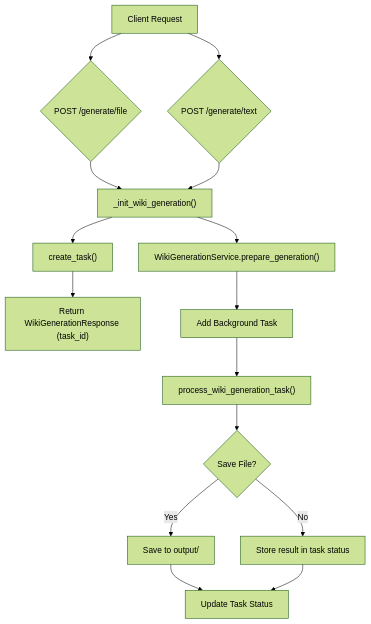
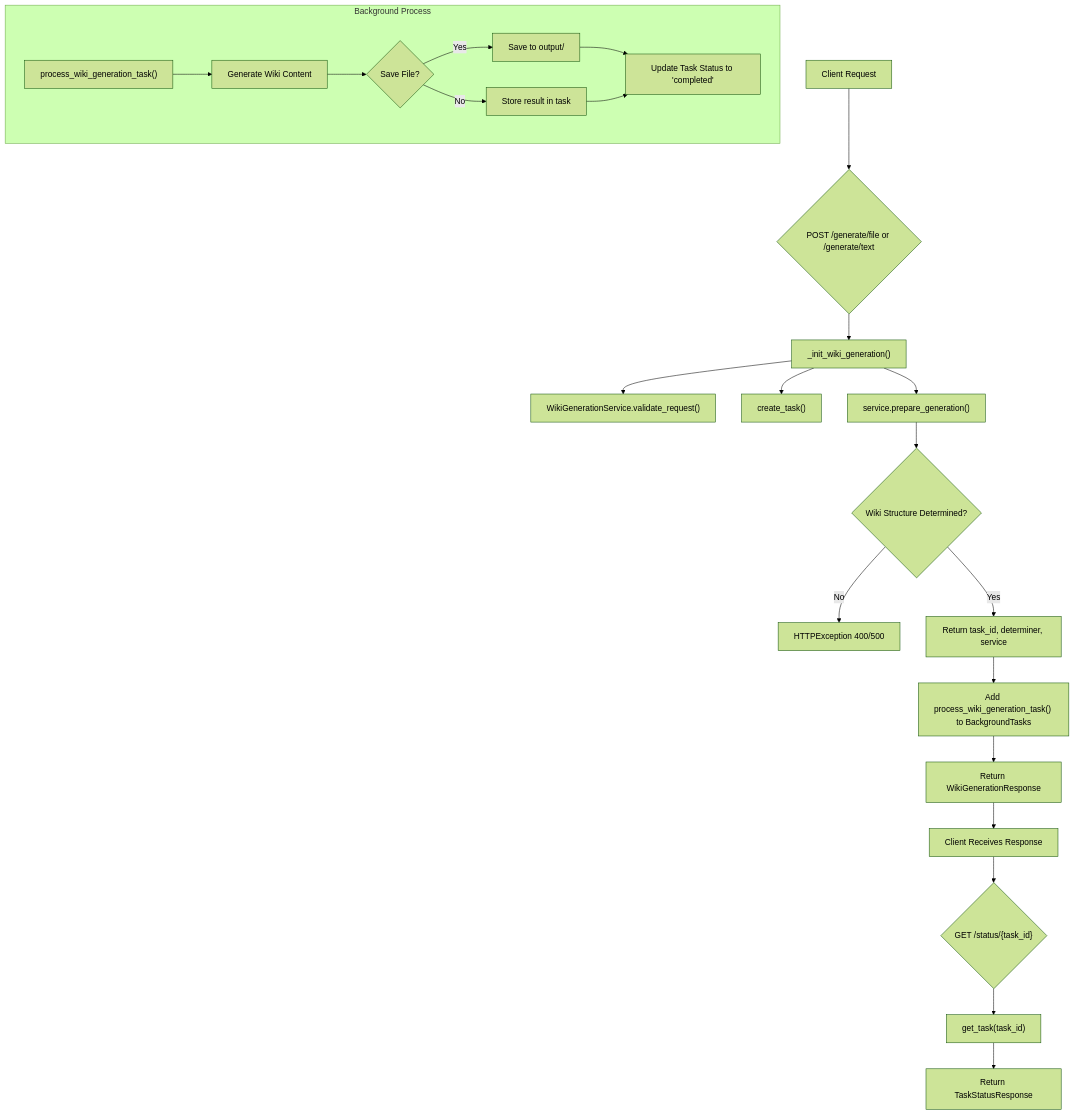
Before and after one commit to catuscio/wiki-as-readme: diagram 11 of 14 in examples/wiki_as_README.md, drawn with Mermaid (forest theme). The commit also changed other lines of this file, not shown here.

Commit message:
✨📚 Update examples/wiki_as_README.md via Wiki-As-Readme Action (en)

````diff
--- a/examples/wiki_as_README.md
+++ b/examples/wiki_as_README.md
@@ -1557,17 +1737,30 @@
 ```mermaid
 graph TD
-    A["Client Request"] --> B{"POST /generate/file"};
-    A --> C{"POST /generate/text"};
-    B --> D["_init_wiki_generation()"];
-    C --> D;
-    D --> E["create_task()"];
-    D --> F["WikiGenerationService.prepare_generation()"];
-    E --> G["Return WikiGenerationResponse (task_id)"];
-    F --> H["Add Background Task"];
-    H --> I["process_wiki_generation_task()"];
-    I --> J{"Save File?"};
-    J -- "Yes" --> K["Save to output/"];
-    J -- "No" --> L["Store result in task status"];
-    K --> M["Update Task Status"];
-    L --> M;
+    A["Client Request"] --> B{"POST /generate/file or /generate/text"};
+
+    B --> C["_init_wiki_generation()"];
+    C --> D["WikiGenerationService.validate_request()"];
+    C --> E["create_task()"];
+    C --> F["service.prepare_generation()"];
+    F --> G{"Wiki Structure Determined?"};
+    G -- "No" --> H["HTTPException 400/500"];
+    G -- "Yes" --> I["Return task_id, determiner, service"];
+
+    I --> J["Add process_wiki_generation_task() to BackgroundTasks"];
+    J --> K["Return WikiGenerationResponse"];
+
+    subgraph Background Process
+        L["process_wiki_generation_task()"]
+        L --> M["Generate Wiki Content"];
+        M --> N{"Save File?"};
+        N -- "Yes" --> O["Save to output/"];
+        N -- "No" --> P["Store result in task"];
+        O --> Q["Update Task Status to 'completed'"];
+        P --> Q;
+    end
+
+    K --> R["Client Receives Response"];
+    R --> S{"GET /status/{task_id}"};
+    S --> T["get_task(task_id)"];
+    T --> U["Return TaskStatusResponse"];
 ```
````
